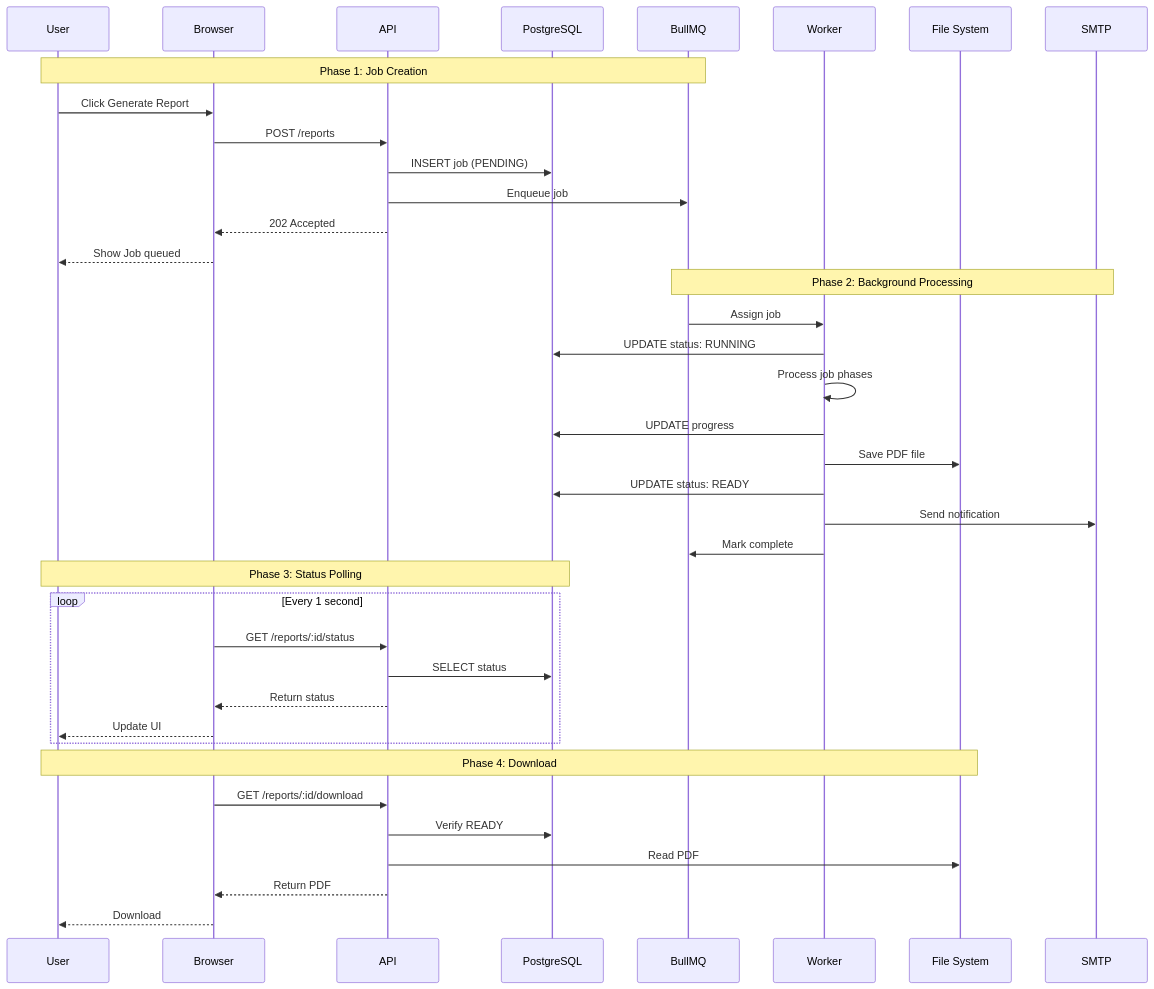
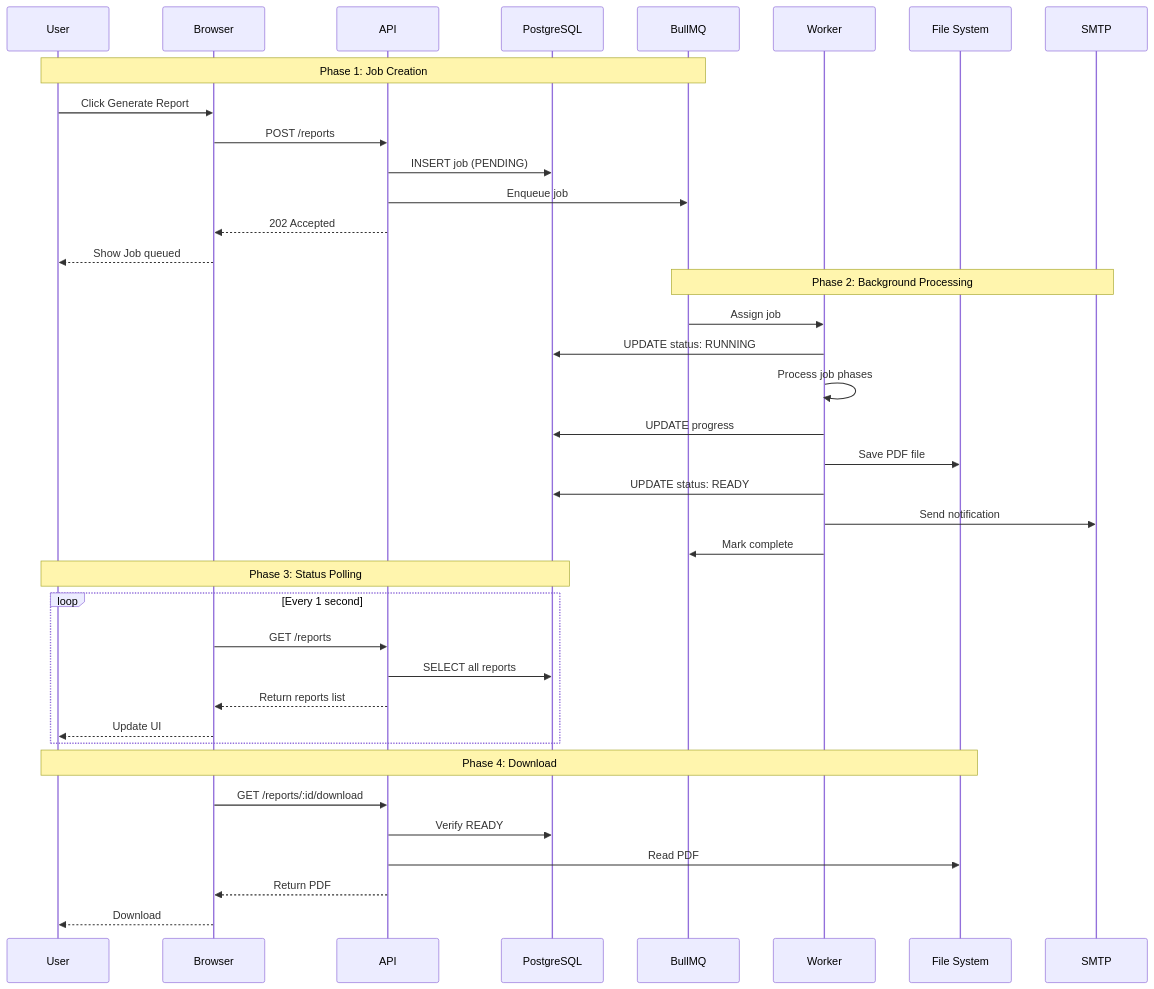
One commit to berTrindade/bullmq-report-generator changed the first of 4 diagrams in README.md. Above: the diagram before and after it, drawn with Mermaid. The commit also changed other lines of this file and 1 other file, not shown here.

````diff
--- a/README.md
+++ b/README.md
@@ -61,44 +58,44 @@
 ```mermaid
 sequenceDiagram
     participant User
     participant Browser
     participant API
     participant DB as PostgreSQL
     participant Queue as BullMQ
     participant Worker
     participant FS as File System
     participant SMTP
     
     Note over User,Queue: Phase 1: Job Creation
     User->>Browser: Click Generate Report
     Browser->>API: POST /reports
     API->>DB: INSERT job (PENDING)
     API->>Queue: Enqueue job
     API-->>Browser: 202 Accepted
     Browser-->>User: Show Job queued
     
     Note over Queue,SMTP: Phase 2: Background Processing
     Queue->>Worker: Assign job
     Worker->>DB: UPDATE status: RUNNING
     Worker->>Worker: Process job phases
     Worker->>DB: UPDATE progress
     Worker->>FS: Save PDF file
     Worker->>DB: UPDATE status: READY
     Worker->>SMTP: Send notification
     Worker->>Queue: Mark complete
     
     Note over User,DB: Phase 3: Status Polling
     loop Every 1 second
-        Browser->>API: GET /reports/:id/status
-        API->>DB: SELECT status
-        API-->>Browser: Return status
+        Browser->>API: GET /reports
+        API->>DB: SELECT all reports
+        API-->>Browser: Return reports list
         Browser-->>User: Update UI
     end
     
     Note over User,FS: Phase 4: Download
     Browser->>API: GET /reports/:id/download
     API->>DB: Verify READY
     API->>FS: Read PDF
     API-->>Browser: Return PDF
     Browser-->>User: Download
 ```
````
